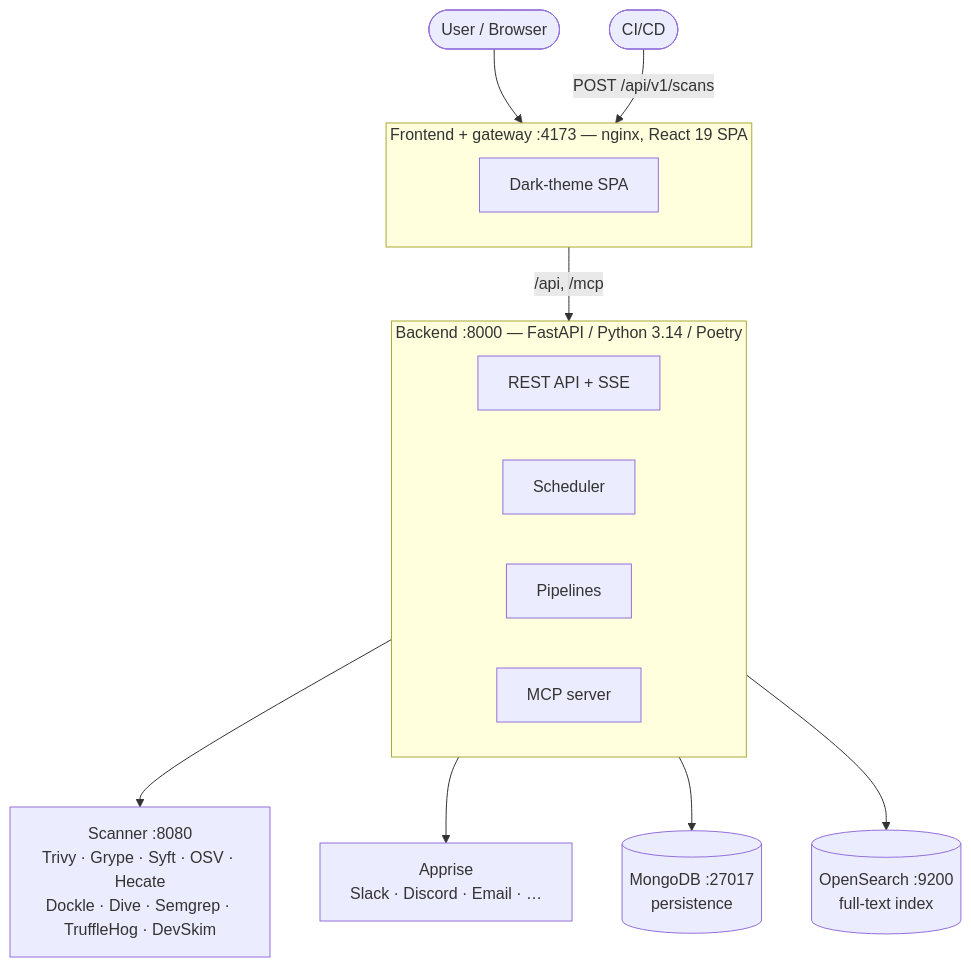
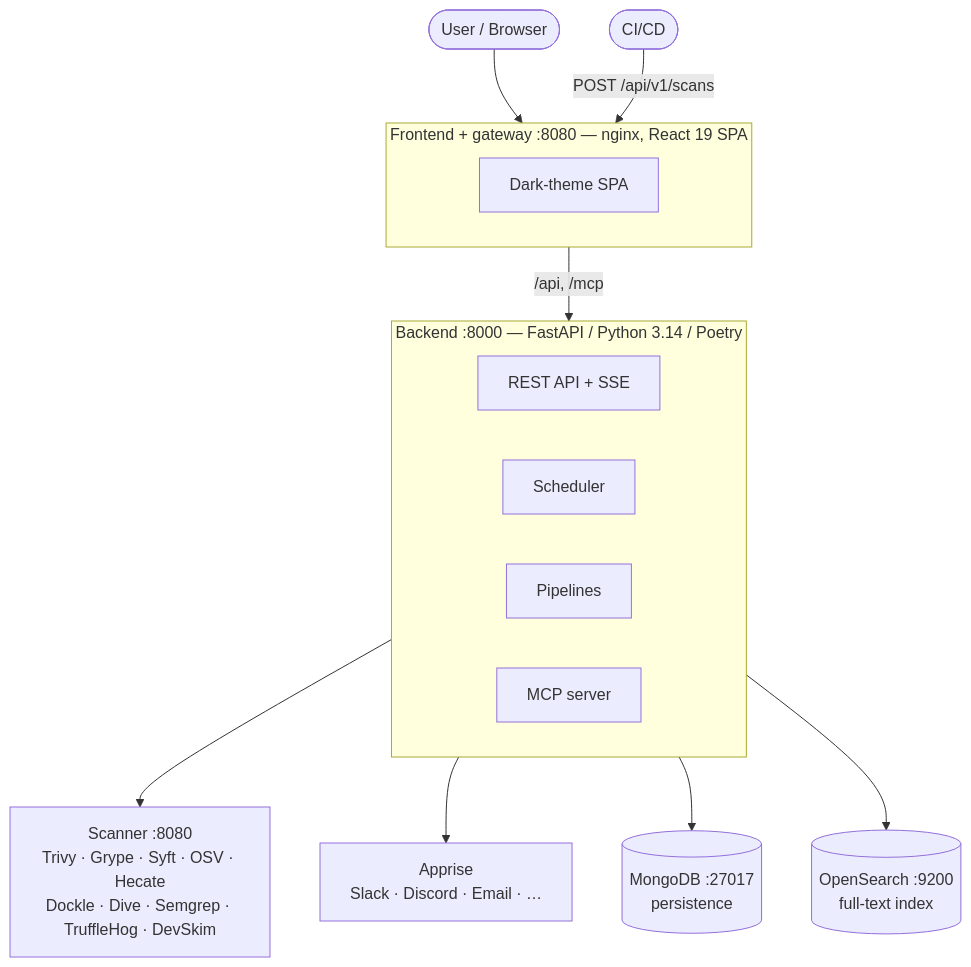
The diagram in docs/architecture.md (0x3e4/hecate), drawn with Mermaid before and after one commit. The commit also changed other lines of this file and 20 other files, not shown here.

````diff
--- a/docs/architecture.md
+++ b/docs/architecture.md
@@ -27,30 +27,30 @@
 ```mermaid
 flowchart TB
     User([User / Browser])
     CICD([CI/CD])
 
-    subgraph FE["Frontend + gateway :4173 — nginx, React 19 SPA"]
+    subgraph FE["Frontend + gateway :8080 — nginx, React 19 SPA"]
         SPA[Dark-theme SPA]
     end
 
     subgraph BE["Backend :8000 — FastAPI / Python 3.14 / Poetry"]
         API[REST API + SSE]
         Sched[Scheduler]
         Pipe[Pipelines]
         MCP[MCP server]
     end
 
     Scanner["Scanner :8080<br/>Trivy · Grype · Syft · OSV · Hecate<br/>Dockle · Dive · Semgrep · TruffleHog · DevSkim"]
     Apprise["Apprise<br/>Slack · Discord · Email · …"]
 
     Mongo[("MongoDB :27017<br/>persistence")]
     OS[("OpenSearch :9200<br/>full-text index")]
 
     User --> FE
     CICD -- "POST /api/v1/scans" --> FE
     FE -- "/api, /mcp" --> BE
     BE --> Scanner
     BE --> Apprise
     BE --> Mongo
     BE --> OS
 ```
````
